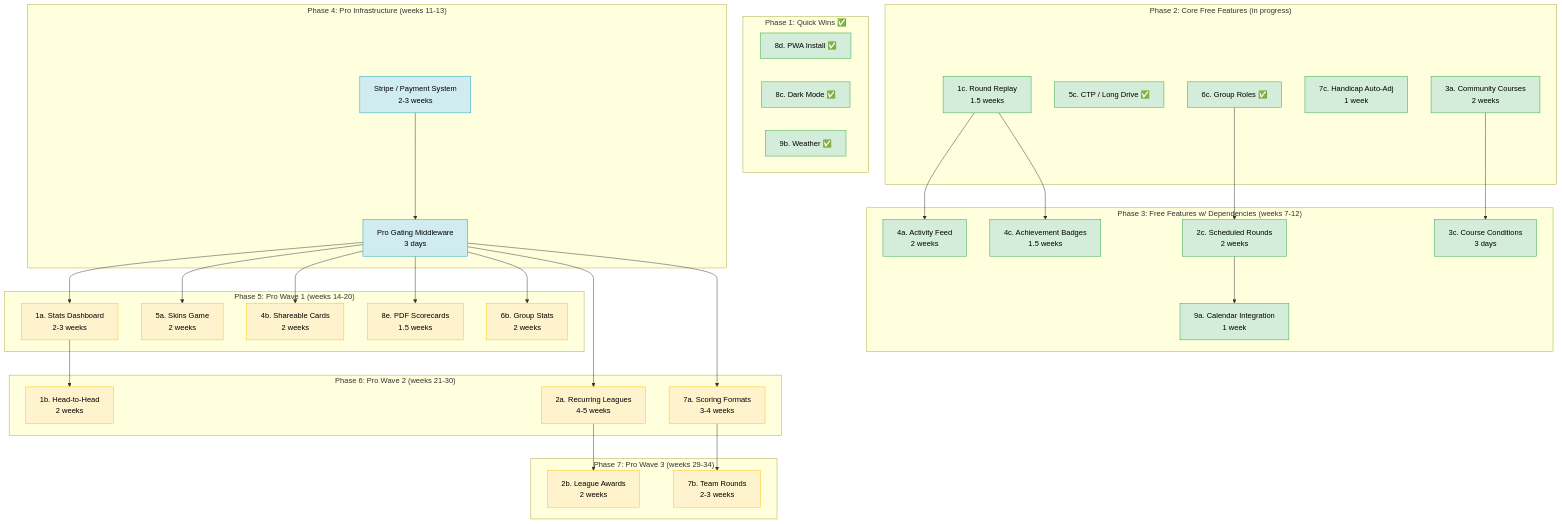
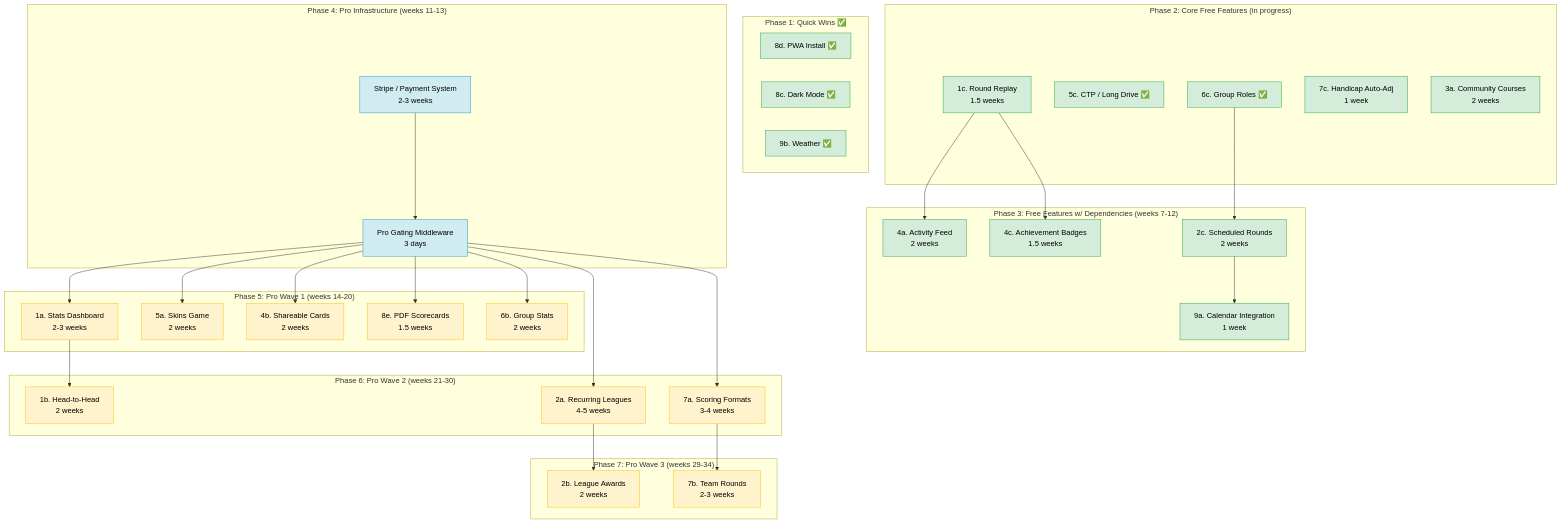
The first of 2 diagrams in docs/roadmap.md (Lachy-Dauth/dad-golf), drawn with Mermaid before and after one commit. The commit also changed other lines of this file and 1 other file, not shown here.

Commit message:
Update course condition reports to 'WON'T DO' and remove dependencies from roadmap

````diff
--- a/docs/roadmap.md
+++ b/docs/roadmap.md
@@ -10,79 +10,77 @@
 ```mermaid
 flowchart TD
     subgraph phase1["Phase 1: Quick Wins ✅"]
         direction LR
         P1B["8d. PWA Install ✅"]
         P1C["8c. Dark Mode ✅"]
         P1D["9b. Weather ✅"]
     end
 
     subgraph phase2["Phase 2: Core Free Features (in progress)"]
         P2A["1c. Round Replay\n1.5 weeks"]
         P2B["5c. CTP / Long Drive ✅"]
         P2D["6c. Group Roles ✅"]
         P2E["7c. Handicap Auto-Adj\n1 week"]
         P2F["3a. Community Courses\n2 weeks"]
     end
 
     subgraph phase3["Phase 3: Free Features w/ Dependencies (weeks 7-12)"]
-        P3A["3c. Course Conditions\n3 days"]
         P3B["2c. Scheduled Rounds\n2 weeks"]
         P3C["9a. Calendar Integration\n1 week"]
         P3D["4a. Activity Feed\n2 weeks"]
         P3E["4c. Achievement Badges\n1.5 weeks"]
     end
 
     subgraph phase4["Phase 4: Pro Infrastructure (weeks 11-13)"]
         P4A["Stripe / Payment System\n2-3 weeks"]
         P4B["Pro Gating Middleware\n3 days"]
     end
 
     subgraph phase5["Phase 5: Pro Wave 1 (weeks 14-20)"]
         P5A["1a. Stats Dashboard\n2-3 weeks"]
         P5B["5a. Skins Game\n2 weeks"]
         P5C["4b. Shareable Cards\n2 weeks"]
         P5D["8e. PDF Scorecards\n1.5 weeks"]
         P5E["6b. Group Stats\n2 weeks"]
     end
 
     subgraph phase6["Phase 6: Pro Wave 2 (weeks 21-30)"]
         P6A["1b. Head-to-Head\n2 weeks"]
         P6B["2a. Recurring Leagues\n4-5 weeks"]
         P6C["7a. Scoring Formats\n3-4 weeks"]
     end
 
     subgraph phase7["Phase 7: Pro Wave 3 (weeks 29-34)"]
         P7A["2b. League Awards\n2 weeks"]
         P7B["7b. Team Rounds\n2-3 weeks"]
     end
 
     %% Dependencies
-    P2F --> P3A
     P2D --> P3B
     P3B --> P3C
     P2A --> P3D
     P2A --> P3E
 
     P4A --> P4B
     P4B --> P5A
     P4B --> P5B
     P4B --> P5C
     P4B --> P5D
     P4B --> P5E
 
     P5A --> P6A
     P4B --> P6B
     P4B --> P6C
 
     P6B --> P7A
     P6C --> P7B
 
     %% Styling
     classDef free fill:#d4edda,stroke:#28a745,color:#000
     classDef pro fill:#fff3cd,stroke:#ffc107,color:#000
     classDef infra fill:#d1ecf1,stroke:#17a2b8,color:#000
 
-    class P1B,P1C,P1D,P2A,P2B,P2D,P2E,P2F,P3A,P3B,P3C,P3D,P3E free
+    class P1B,P1C,P1D,P2A,P2B,P2D,P2E,P2F,P3B,P3C,P3D,P3E free
     class P5A,P5B,P5C,P5D,P5E,P6A,P6B,P6C,P7A,P7B pro
     class P4A,P4B infra
 ```
````
